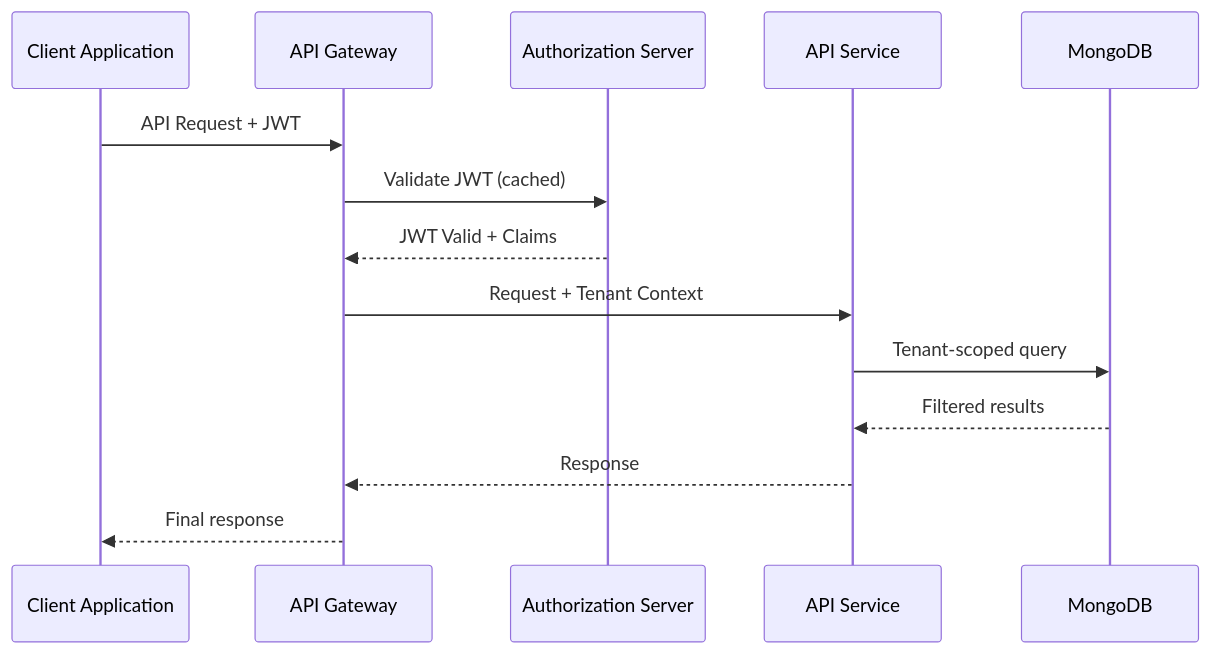
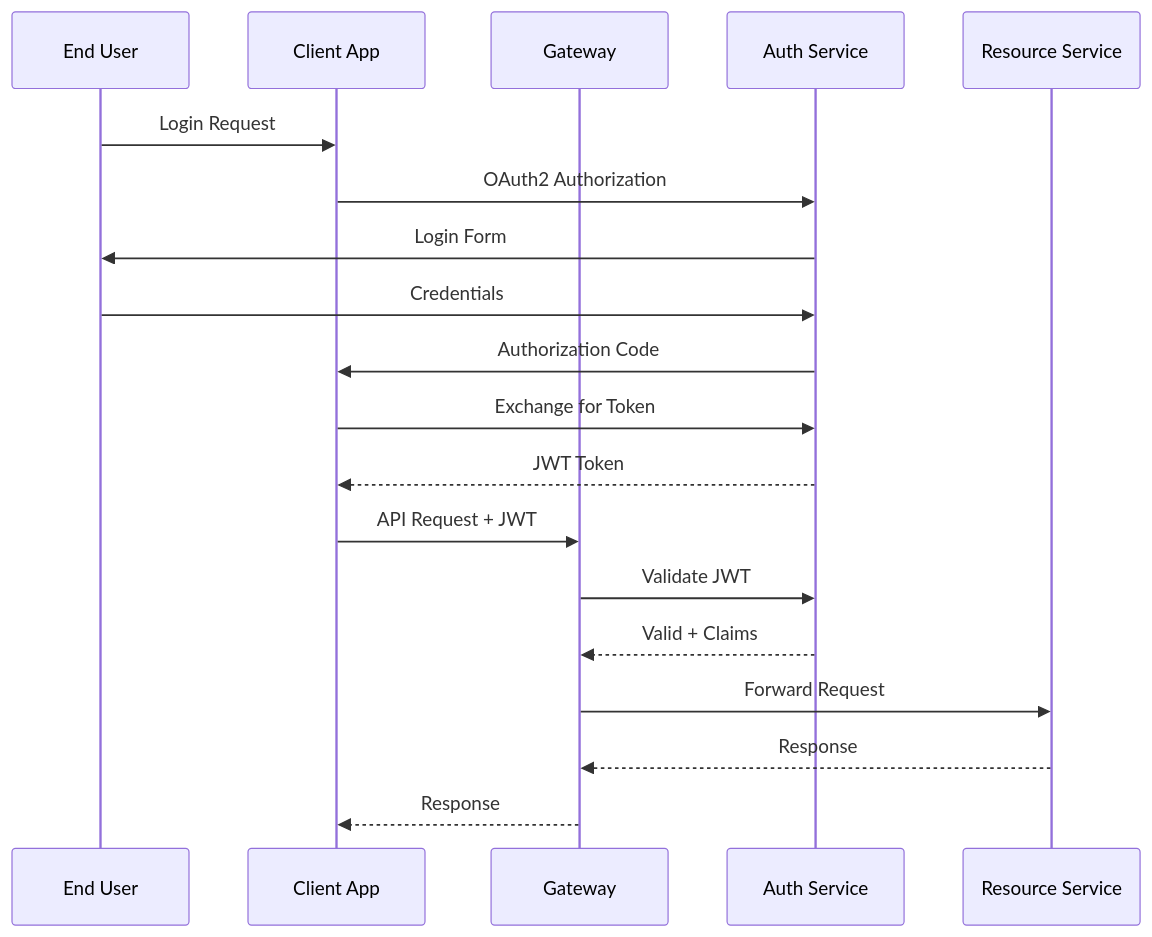
Before and after one commit to flamingo-stack/openframe-oss-lib: diagram 11 of 18 in docs/development/architecture/README.md, drawn with Mermaid. The commit also changed other lines of this file and 212 other files, not shown here.

````diff
--- a/docs/development/architecture/README.md
+++ b/docs/development/architecture/README.md
@@ -416,17 +376,23 @@
 ```mermaid
 sequenceDiagram
-    participant Client as Client Application
-    participant Gateway as API Gateway
-    participant AuthSrv as Authorization Server
-    participant APIService as API Service
-    participant MongoDB as MongoDB
-
-    Client->>Gateway: API Request + JWT
-    Gateway->>AuthSrv: Validate JWT (cached)
-    AuthSrv-->>Gateway: JWT Valid + Claims
-    Gateway->>APIService: Request + Tenant Context
-    APIService->>MongoDB: Tenant-scoped query
-    MongoDB-->>APIService: Filtered results
-    APIService-->>Gateway: Response
-    Gateway-->>Client: Final response
+    participant User as End User
+    participant App as Client App
+    participant Gateway as Gateway
+    participant Auth as Auth Service
+    participant Resource as Resource Service
+    
+    User->>App: Login Request
+    App->>Auth: OAuth2 Authorization
+    Auth->>User: Login Form
+    User->>Auth: Credentials
+    Auth->>App: Authorization Code
+    App->>Auth: Exchange for Token
+    Auth-->>App: JWT Token
+    
+    App->>Gateway: API Request + JWT
+    Gateway->>Auth: Validate JWT
+    Auth-->>Gateway: Valid + Claims
+    Gateway->>Resource: Forward Request
+    Resource-->>Gateway: Response
+    Gateway-->>App: Response
 ```
````
